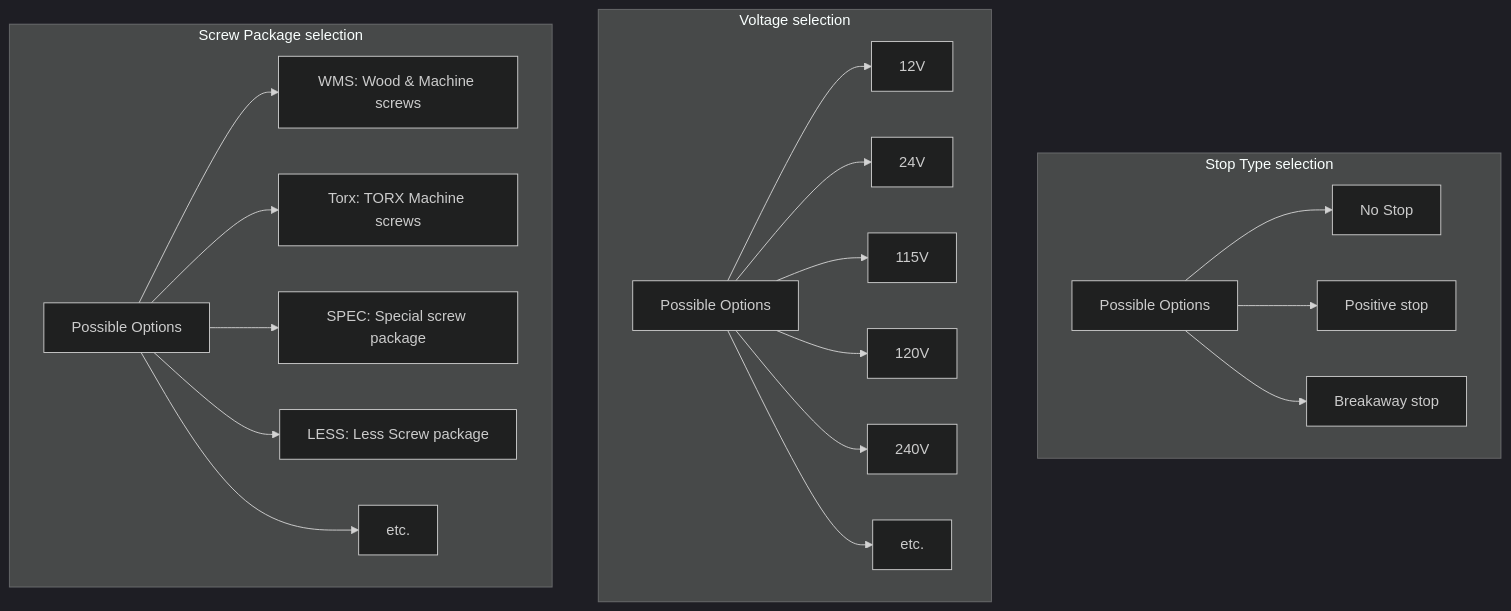
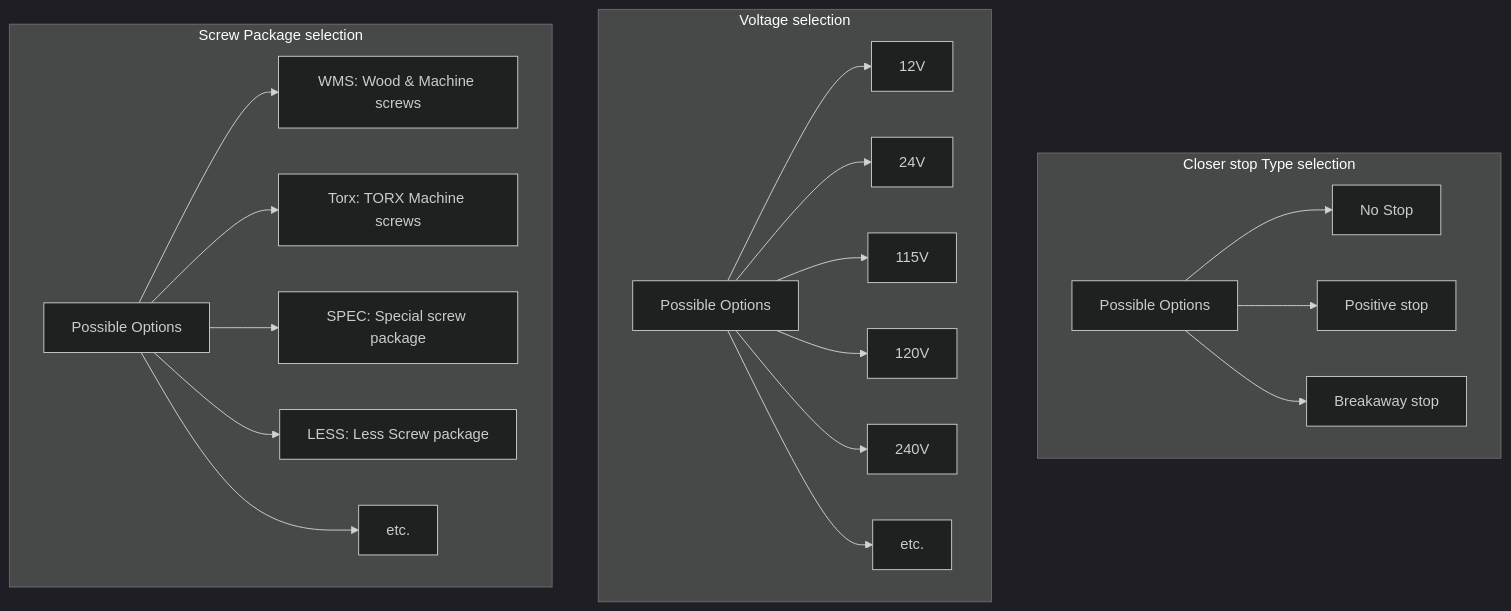
Before and after one commit to alokdas81/diamond-pricebook-diagram: diagram 23 of 26 in README.md, drawn with Mermaid (dark theme). The commit also changed other lines of this file and 2 other files, not shown here.

````diff
--- a/README.md
+++ b/README.md
@@ -999,27 +999,27 @@
 ```mermaid
-graph TB
+flowchart TD
 
-subgraph Stop Type selection
+subgraph Closer stop Type selection
 N[Possible Options] --> O[No Stop]
 N --> P[Positive stop]
 N --> Q[Breakaway stop]
 end
 
 subgraph Voltage selection
 G[Possible Options] --> H[12V]
 G --> I[24V]
 G --> J[115V]
 G --> K[120V]
 G --> L[240V]
 G --> M[etc.]
 end
 
 subgraph Screw Package selection
 A[Possible Options] --> B[WMS: Wood & Machine screws]
 A --> C[Torx: TORX Machine screws]
 A --> D[SPEC: Special screw package]
 A --> E[LESS: Less Screw package]
 A --> F[etc.]
 end
 
 ```
````
